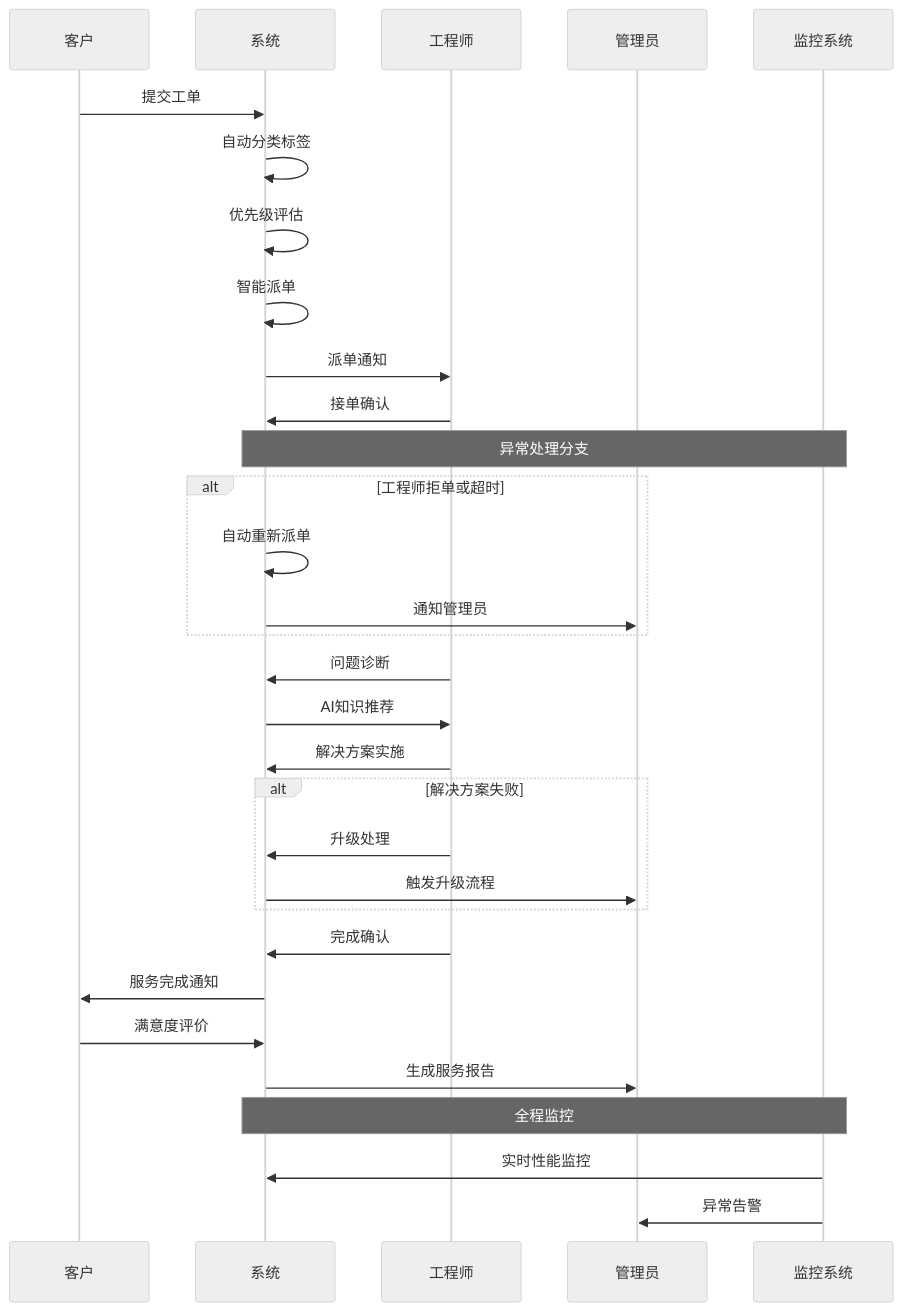
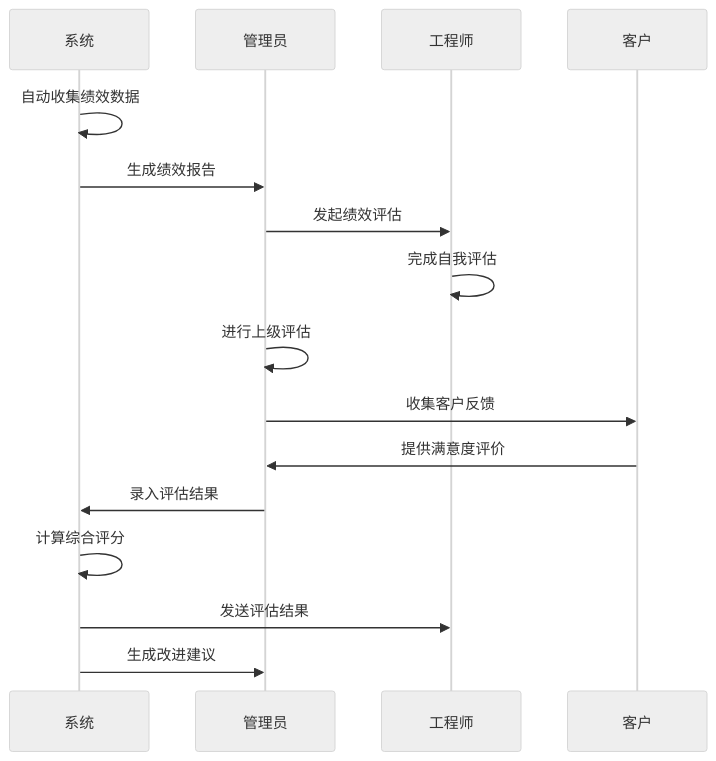
Before and after one commit to caiye1985/augment-portal: the sixth of 7 diagrams in docs/global-context.md, drawn with Mermaid (neutral theme). The commit also changed other lines of this file and 66 other files, not shown here.

````diff
--- a/docs/global-context.md
+++ b/docs/global-context.md
@@ -616,39 +602,19 @@
 ```mermaid
 sequenceDiagram
+    participant S as 系统
+    participant M as 管理员
+    participant E as 工程师
     participant C as 客户
-    participant S as 系统
-    participant E as 工程师
-    participant M as 管理员
-    participant MON as 监控系统
 
-    C->>S: 提交工单
-    S->>S: 自动分类标签
-    S->>S: 优先级评估
-    S->>S: 智能派单
-    S->>E: 派单通知
-    E->>S: 接单确认
-
-    Note over S,MON: 异常处理分支
-    alt 工程师拒单或超时
-        S->>S: 自动重新派单
-        S->>M: 通知管理员
-    end
-
-    E->>S: 问题诊断
-    S->>E: AI知识推荐
-    E->>S: 解决方案实施
-
-    alt 解决方案失败
-        E->>S: 升级处理
-        S->>M: 触发升级流程
-    end
-
-    E->>S: 完成确认
-    S->>C: 服务完成通知
-    C->>S: 满意度评价
-    S->>M: 生成服务报告
-
-    Note over S,MON: 全程监控
-    MON->>S: 实时性能监控
-    MON->>M: 异常告警
+    S->>S: 自动收集绩效数据
+    S->>M: 生成绩效报告
+    M->>E: 发起绩效评估
+    E->>E: 完成自我评估
+    M->>M: 进行上级评估
+    M->>C: 收集客户反馈
+    C->>M: 提供满意度评价
+    M->>S: 录入评估结果
+    S->>S: 计算综合评分
+    S->>E: 发送评估结果
+    S->>M: 生成改进建议
 ```
````
